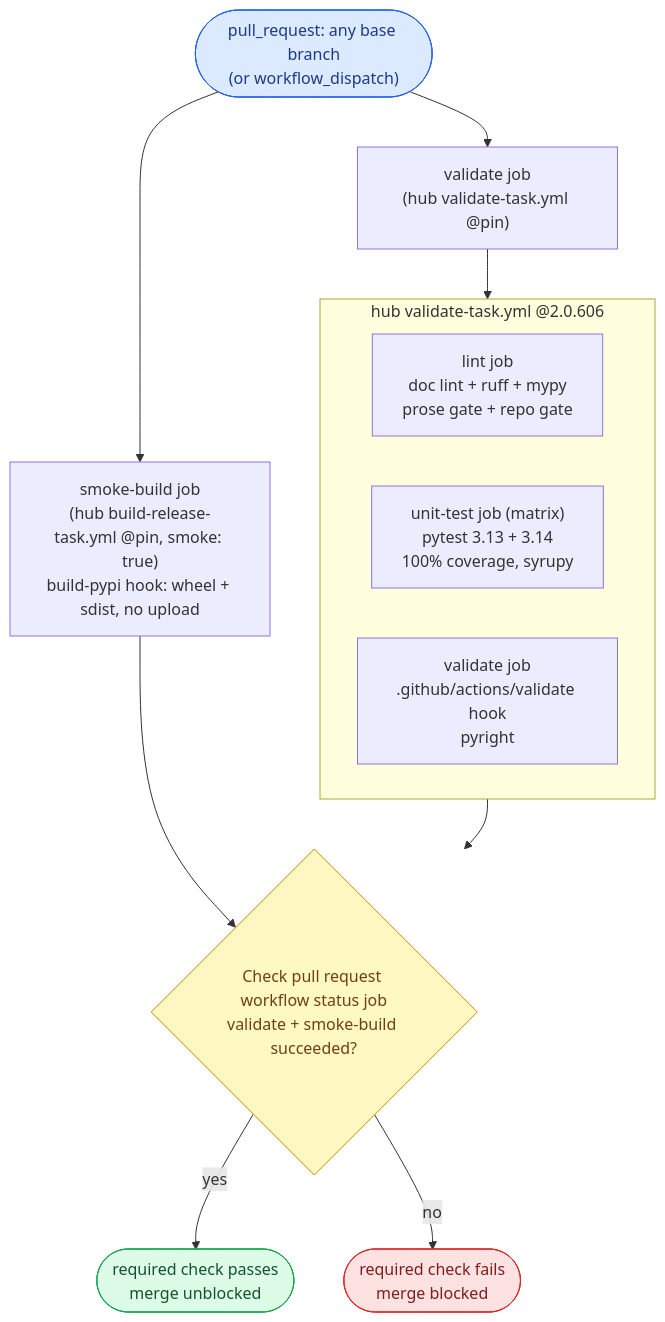
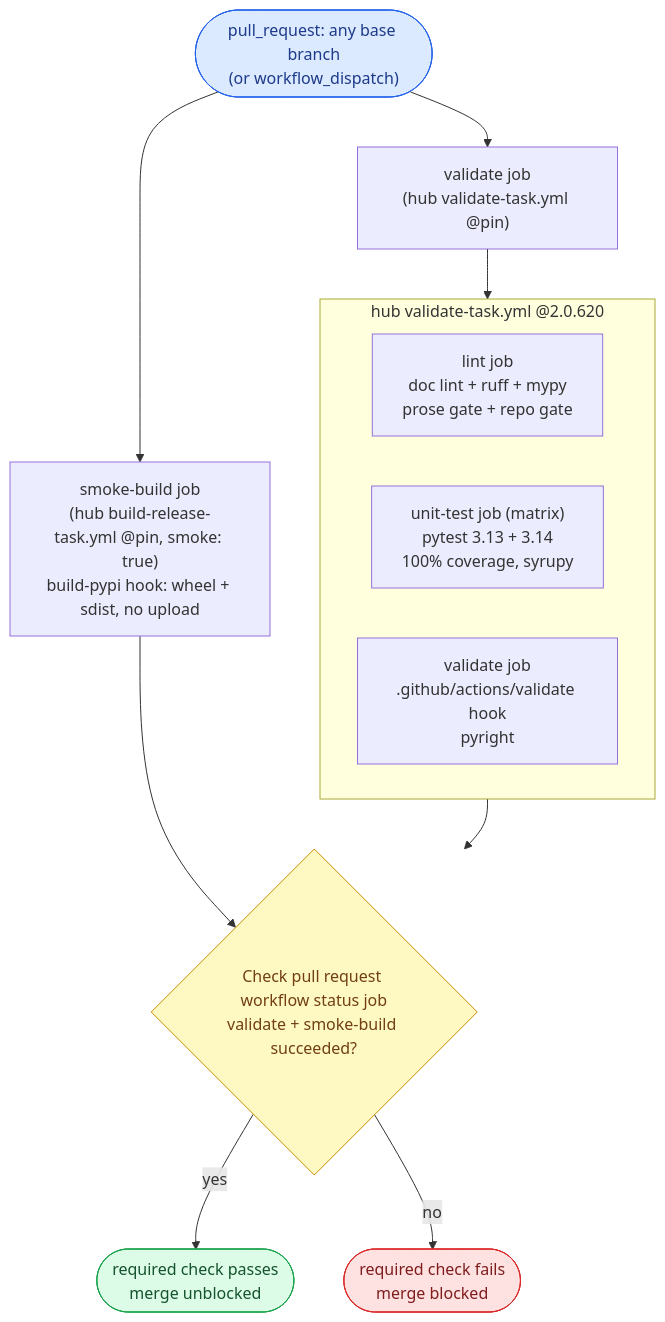
One commit to ptr727/aiopurpleair changed the first of 3 diagrams in WORKFLOW.md. Above: the diagram before and after it, drawn with Mermaid. The commit also changed other lines of this file, not shown here.

````diff
--- a/WORKFLOW.md
+++ b/WORKFLOW.md
@@ -112,20 +112,20 @@
 ```mermaid
 flowchart TD
     T(["pull_request: any base branch<br/>(or workflow_dispatch)"]):::trig
     T --> V["validate job<br/>(hub validate-task.yml @pin)"]
     T --> SB["smoke-build job<br/>(hub build-release-task.yml @pin, smoke: true)<br/>build-pypi hook: wheel + sdist, no upload"]
-    subgraph VT ["hub validate-task.yml @2.0.606"]
+    subgraph VT ["hub validate-task.yml @2.0.620"]
         LN["lint job<br/>doc lint + ruff + mypy<br/>prose gate + repo gate"]
         TS["unit-test job (matrix)<br/>pytest 3.13 + 3.14<br/>100% coverage, syrupy"]
         VH["validate job<br/>.github/actions/validate hook<br/>pyright"]
     end
     V --> VT
     VT --> A{"Check pull request workflow status job<br/>validate + smoke-build succeeded?"}:::gate
     SB --> A
     A -- "yes" --> G(["required check passes<br/>merge unblocked"]):::pub
     A -- "no" --> R(["required check fails<br/>merge blocked"]):::stop
     classDef trig fill:#dbeafe,stroke:#2563eb,color:#1e3a8a
     classDef gate fill:#fef9c3,stroke:#ca8a04,color:#713f12
     classDef pub fill:#dcfce7,stroke:#16a34a,color:#14532d
     classDef stop fill:#fee2e2,stroke:#dc2626,color:#7f1d1d
 ```
````
